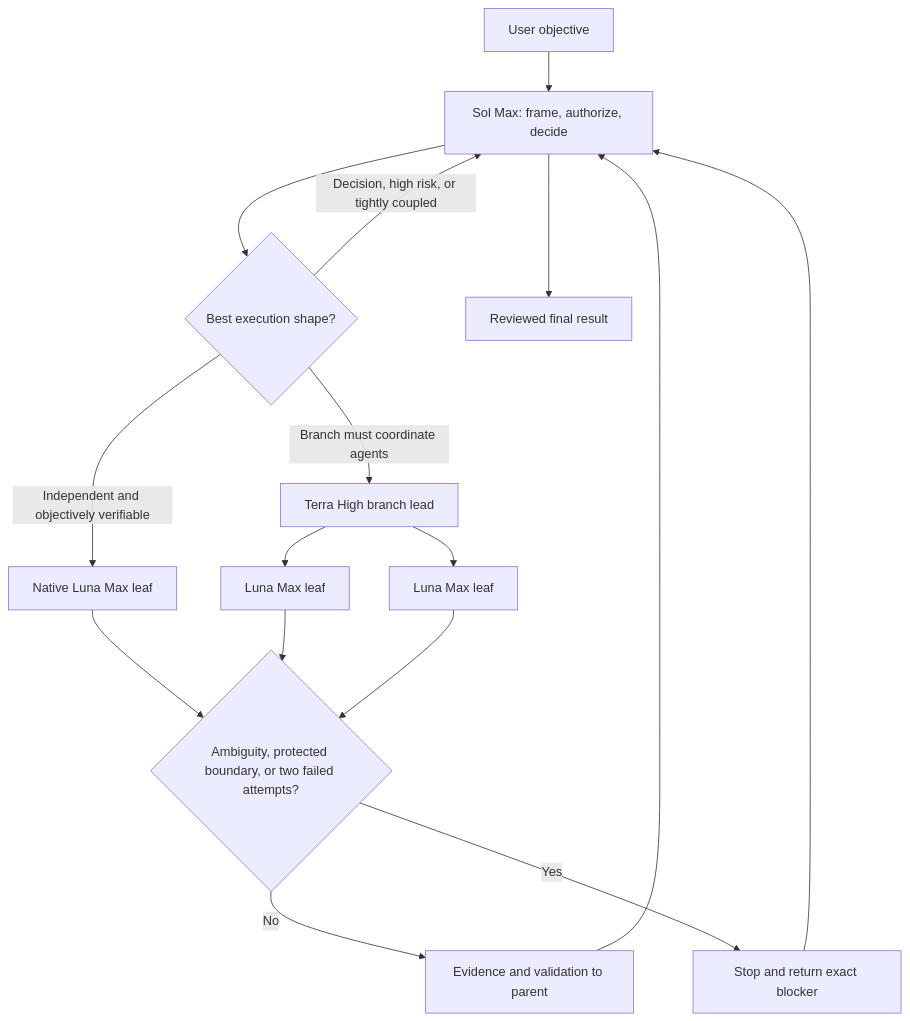
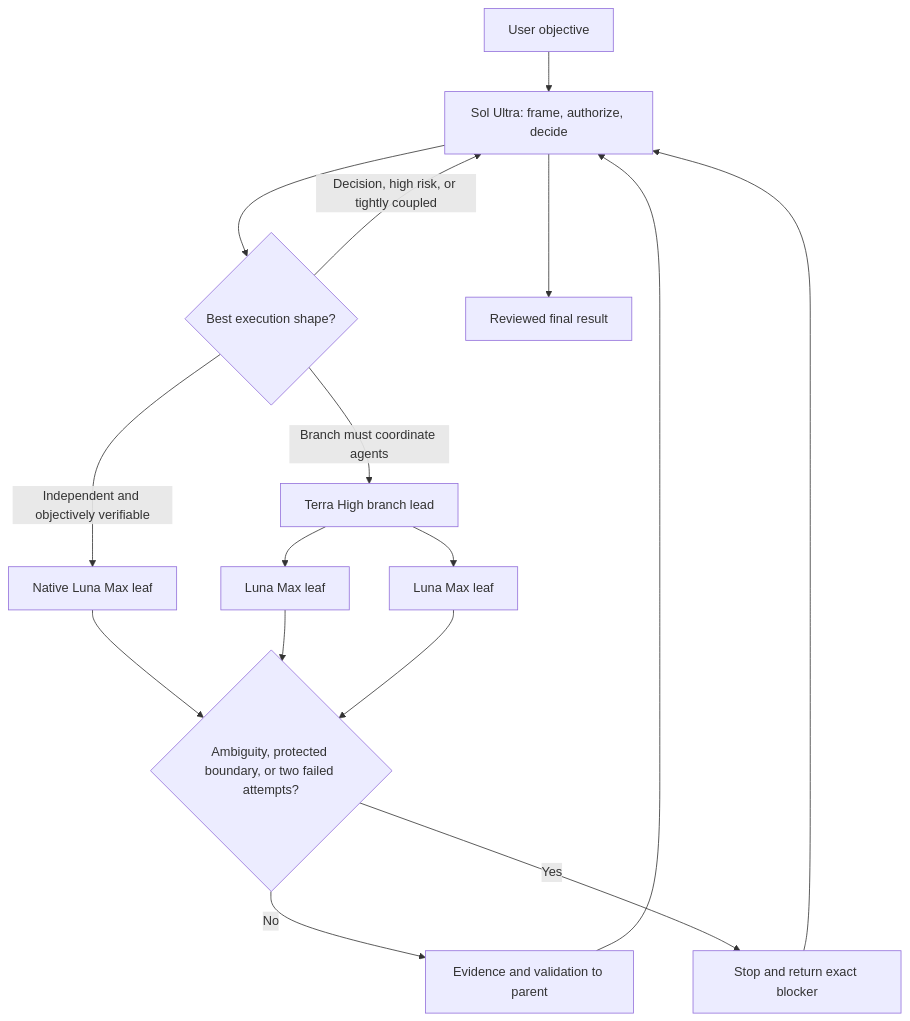
One commit to augiefra/codex-sol-terra-orchestration changed the diagram in README.md. Above: the diagram before and after it, drawn with Mermaid. The commit also changed other lines of this file and 16 other files, not shown here.

First line of the commit message:
Adopt Sol Ultra with Luna Max leaves (#4)

````diff
--- a/README.md
+++ b/README.md
@@ -75,18 +75,18 @@
 ```mermaid
 flowchart TD
-    U["User objective"] --> S["Sol Max: frame, authorize, decide"]
+    U["User objective"] --> S["Sol Ultra: frame, authorize, decide"]
     S --> Q{"Best execution shape?"}
     Q -->|"Decision, high risk, or tightly coupled"| S
     Q -->|"Independent and objectively verifiable"| L["Native Luna Max leaf"]
     Q -->|"Branch must coordinate agents"| T["Terra High branch lead"]
     T --> L2["Luna Max leaf"]
     T --> L3["Luna Max leaf"]
     L --> G{"Ambiguity, protected boundary, or two failed attempts?"}
     L2 --> G
     L3 --> G
     G -->|"No"| R["Evidence and validation to parent"]
     G -->|"Yes"| B["Stop and return exact blocker"]
     R --> S
     B --> S
     S --> F["Reviewed final result"]
 ```
````
